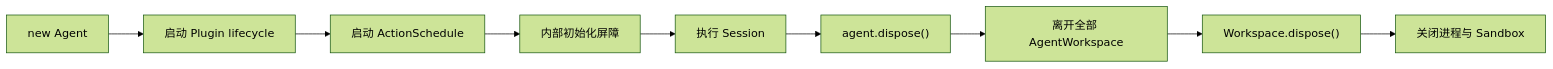
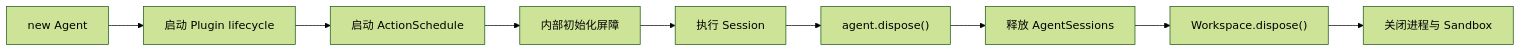
The second of 2 diagrams in homepage/content/docs/zh/agent/runtime-architecture.mdx (genesiscosmos/downcity), drawn with Mermaid (forest theme) before and after one commit. The commit also changed other lines of this file and 94 other files, not shown here.

````diff
--- a/homepage/content/docs/zh/agent/runtime-architecture.mdx
+++ b/homepage/content/docs/zh/agent/runtime-architecture.mdx
@@ -184,11 +184,11 @@
 ```mermaid
 flowchart LR
     Construct["new Agent"] --> Plugins["启动 Plugin lifecycle"]
     Plugins --> Schedule["启动 ActionSchedule"]
     Schedule --> Barrier["内部初始化屏障"]
     Barrier --> Running["执行 Session"]
     Running --> Dispose["agent.dispose()"]
-    Dispose --> Leave["离开全部 AgentWorkspace"]
-    Leave --> Workspace["Workspace.dispose()"]
+    Dispose --> Sessions["释放 AgentSessions"]
+    Sessions --> Workspace["Workspace.dispose()"]
     Workspace --> Shell["关闭进程与 Sandbox"]
 ```
````
